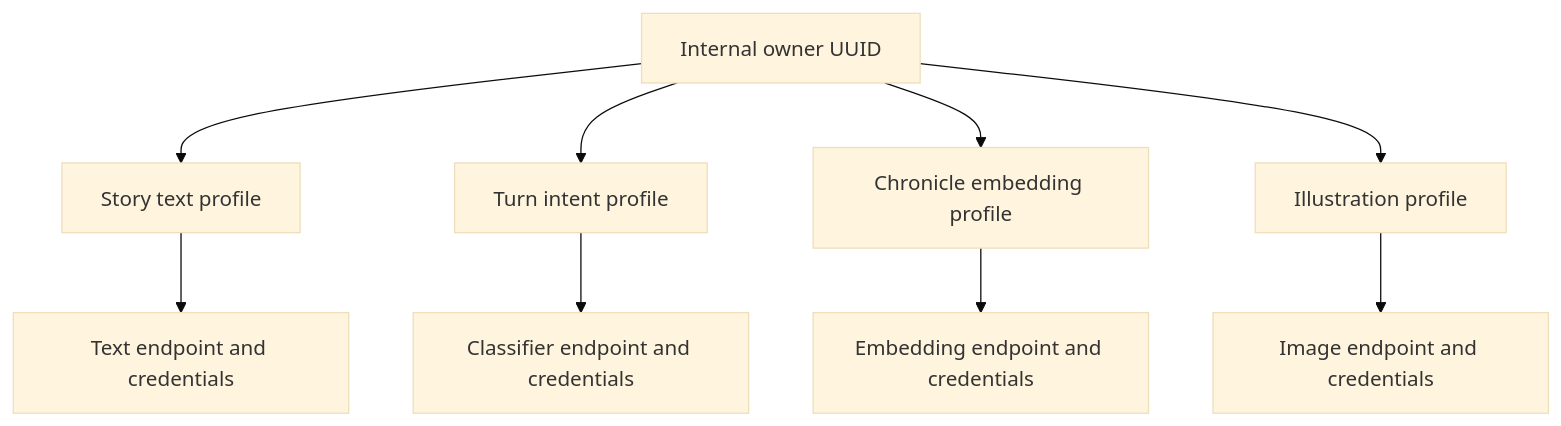
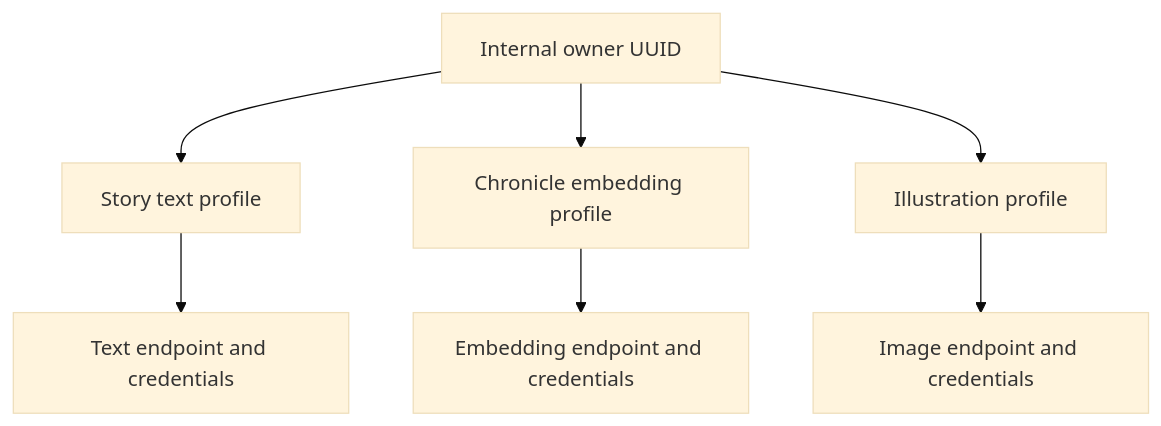
The diagram in docs/concepts/provider-model.md (cmacnichol/infinite-quest-nexus), drawn with Mermaid (base theme) before and after one commit. The commit also changed other lines of this file and 32 other files, not shown here.

````diff
--- a/docs/concepts/provider-model.md
+++ b/docs/concepts/provider-model.md
@@ -5,11 +5,9 @@
 ```mermaid
 flowchart TD
   User["Internal owner UUID"] --> TextProfile["Story text profile"]
-  User --> IntentProfile["Turn intent profile"]
   User --> EmbedProfile["Chronicle embedding profile"]
   User --> ImageProfile["Illustration profile"]
   TextProfile --> TextEndpoint["Text endpoint and credentials"]
-  IntentProfile --> IntentEndpoint["Classifier endpoint and credentials"]
   EmbedProfile --> EmbedEndpoint["Embedding endpoint and credentials"]
   ImageProfile --> ImageEndpoint["Image endpoint and credentials"]
 ```
````
